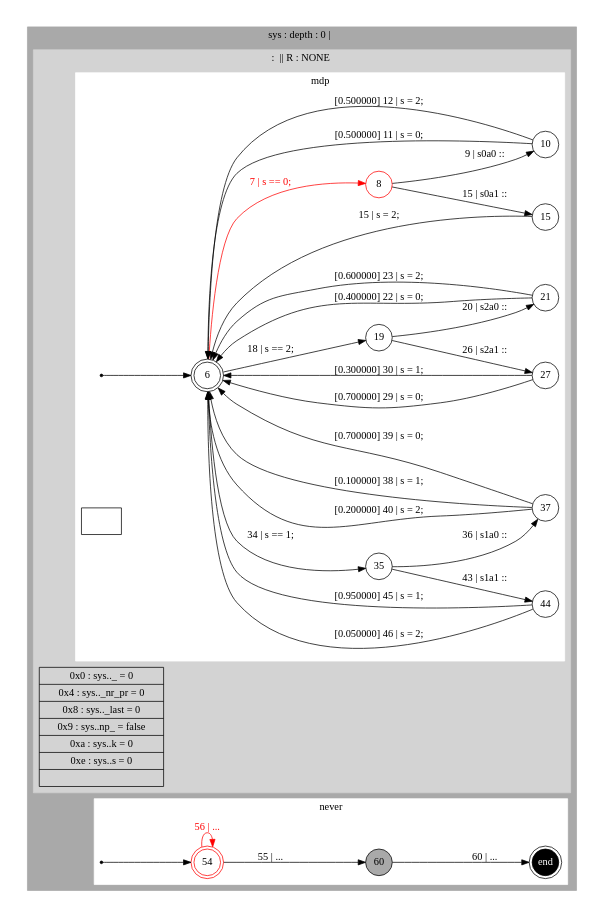
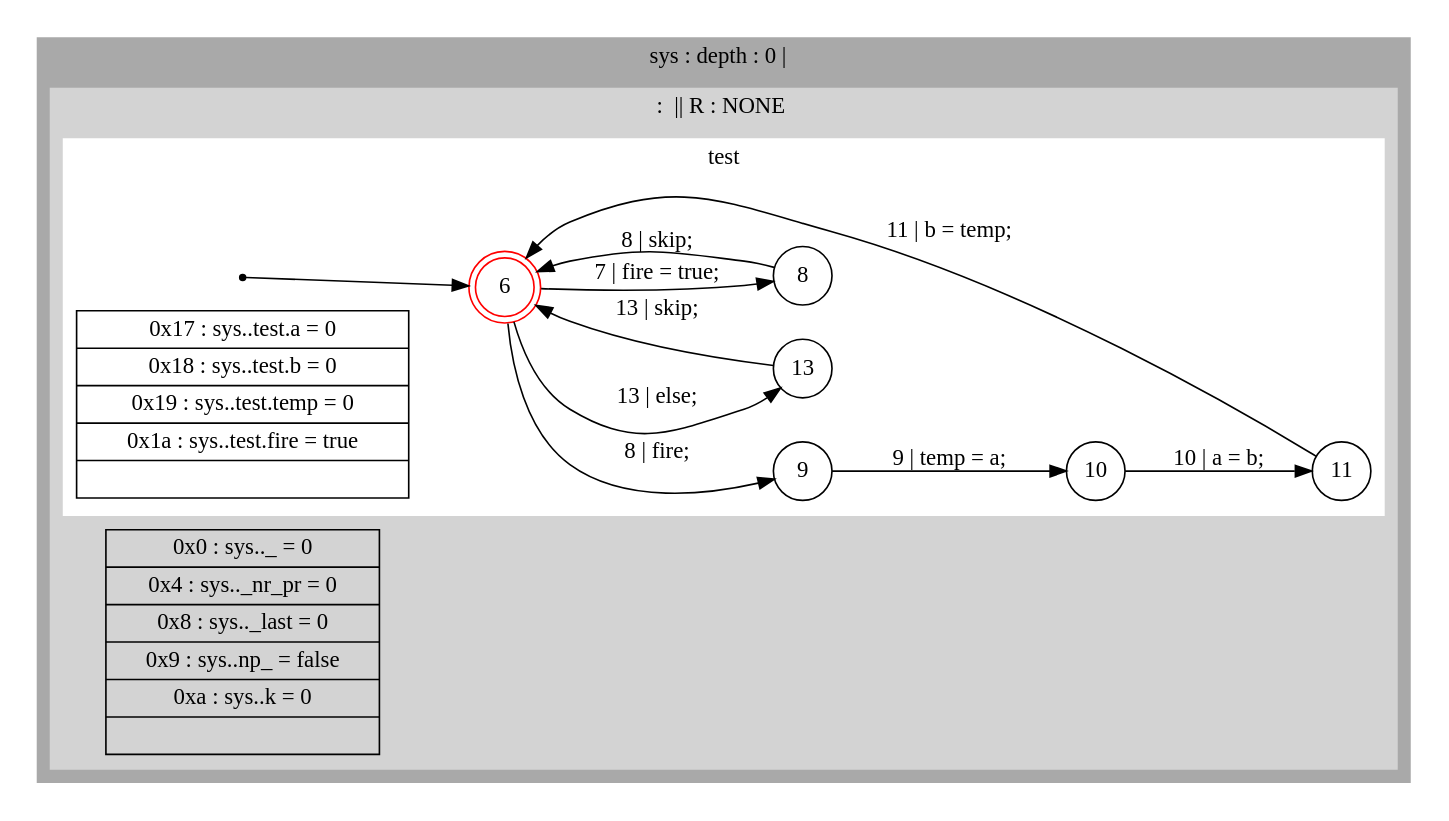
The diagram in trace/0.dot (samilazregsuidi/Daedalux), drawn with Graphviz before and after one commit. The commit also changed 555 other files, not shown here.

```diff
--- a/trace/0.dot
+++ b/trace/0.dot
@@ -1,84 +1,56 @@
 digraph finite_state_machine {
 	rankdir=LR
 	size="8,5" 
 
 	subgraph cluster_sys {
 		style=filled;
 		color=darkgrey;
 		label = " sys : depth : 0 |  "; 
 		subgraph cluster_ {
 			style=filled;
 			color=lightgrey;
 			label = "  :  || R : NONE  "; 
  "node2"[ 
 			label = "0x0   :   sys.._                  = 0
  | 0x4   :   sys.._nr_pr             = 0
  | 0x8   :   sys.._last              = 0
  | 0x9   :   sys..np_                = false
  | 0xa   :   sys..k                  = 0
- | 0xe   :   sys..s                  = 0
  | "
 			shape = "record" 
 ];
-			subgraph cluster_mdp {
+			subgraph cluster_test {
 				style=filled;
 				color=white;
-				label = "mdp" ; 
-				93824994283673 [label = 6, shape = doublecircle, fixedsize = true]; 
-				s93824994283673 [shape = point];
- "node9"[ 
-				label = ""
+				label = "test" ; 
+				93824994930200 [label = 6, shape = doublecircle, color = red, fixedsize = true]; 
+				s93824994930200 [shape = point];
+ "node8"[ 
+				label = "0x17  :   sys..test.a             = 0
+ | 0x18  :   sys..test.b             = 0
+ | 0x19  :   sys..test.temp          = 0
+ | 0x1a  :   sys..test.fire          = true
+ | "
 				shape = "record" 
 ];
-				93824994321897 [label = 35, shape = circle, fixedsize = true ];
-				93824994323321 [label = 44, shape = circle, fixedsize = true ];
-				93824994323097 [label = 37, shape = circle, fixedsize = true ];
-				93824994319497 [label = 19, shape = circle, fixedsize = true ];
-				93824994321753 [label = 27, shape = circle, fixedsize = true ];
-				93824994321529 [label = 21, shape = circle, fixedsize = true ];
-				93824994319097 [label = 8, shape = circle, color = red, fixedsize = true ];
-				93824994320361 [label = 15, shape = circle, fixedsize = true ];
-				93824994319929 [label = 10, shape = circle, fixedsize = true ];
-				s93824994283673 -> 93824994283673;
-				93824994321897 -> 93824994323097 [ label = "36 | s1a0 :: "];
-				93824994283673 -> 93824994319097 [color = red, fontcolor = red, label = "7 | s == 0; "];
-				93824994283673 -> 93824994319497 [ label = "18 | s == 2; "];
-				93824994319097 -> 93824994319929 [ label = "9 | s0a0 :: "];
-				93824994319097 -> 93824994320361 [ label = "15 | s0a1 :: "];
-				93824994320361 -> 93824994283673 [ label = "15 | s = 2; "];
-				93824994319929 -> 93824994283673 [ label = " [0.500000] 11 | s = 0; "];
-				93824994319929 -> 93824994283673 [ label = " [0.500000] 12 | s = 2; "];
-				93824994283673 -> 93824994321897 [ label = "34 | s == 1; "];
-				93824994319497 -> 93824994321529 [ label = "20 | s2a0 :: "];
-				93824994319497 -> 93824994321753 [ label = "26 | s2a1 :: "];
-				93824994321529 -> 93824994283673 [ label = " [0.400000] 22 | s = 0; "];
-				93824994321529 -> 93824994283673 [ label = " [0.600000] 23 | s = 2; "];
-				93824994321753 -> 93824994283673 [ label = " [0.700000] 29 | s = 0; "];
-				93824994321753 -> 93824994283673 [ label = " [0.300000] 30 | s = 1; "];
-				93824994321897 -> 93824994323321 [ label = "43 | s1a1 :: "];
-				93824994323097 -> 93824994283673 [ label = " [0.100000] 38 | s = 1; "];
-				93824994323097 -> 93824994283673 [ label = " [0.700000] 39 | s = 0; "];
-				93824994323097 -> 93824994283673 [ label = " [0.200000] 40 | s = 2; "];
-				93824994323321 -> 93824994283673 [ label = " [0.950000] 45 | s = 1; "];
-				93824994323321 -> 93824994283673 [ label = " [0.050000] 46 | s = 2; "];
+				93824994962584 [label = 13, shape = circle, fixedsize = true ];
+				93824994961544 [label = 9, shape = circle, fixedsize = true ];
+				93824994961832 [label = 10, shape = circle, fixedsize = true ];
+				93824994962120 [label = 11, shape = circle, fixedsize = true ];
+				93824994961112 [label = 8, shape = circle, fixedsize = true ];
+				s93824994930200 -> 93824994930200;
+				93824994930200 -> 93824994961112 [ label = "7 | fire = true; "];
+				93824994961112 -> 93824994930200 [ label = "8 | skip; "];
+				93824994930200 -> 93824994961544 [ label = "8 | fire; "];
+				93824994961544 -> 93824994961832 [ label = "9 | temp = a; "];
+				93824994961832 -> 93824994962120 [ label = "10 | a = b; "];
+				93824994962120 -> 93824994930200 [ label = "11 | b = temp; "];
+				93824994930200 -> 93824994962584 [ label = "13 | else; "];
+				93824994962584 -> 93824994930200 [ label = "13 | skip; "];
 
 			}
-		}
-		subgraph cluster_never {
-			style=filled;
-			color=white;
-			label = " never "; 
-			93824994322384 [label = 54, shape = doublecircle, color = red, fixedsize = true]; 
-			s93824994322384 [shape = point];
-			e [shape = doublecircle, fixedsize = true, style = filled, fillcolor = black, fontcolor = white,  label = end];
-			93824994318768 [label = 60, shape = circle, fixedsize = true , style = filled, fillcolor = darkgrey];
-			s93824994322384 -> 93824994322384;
-			93824994318768 -> e [ label = "60 | ..."];
-			93824994322384 -> 93824994318768 [ label = "55 | ..."];
-			93824994322384 -> 93824994322384 [color = red, fontcolor = red, label = "56 | ..."];
-
 		}
 
 	}
 
 }
```
